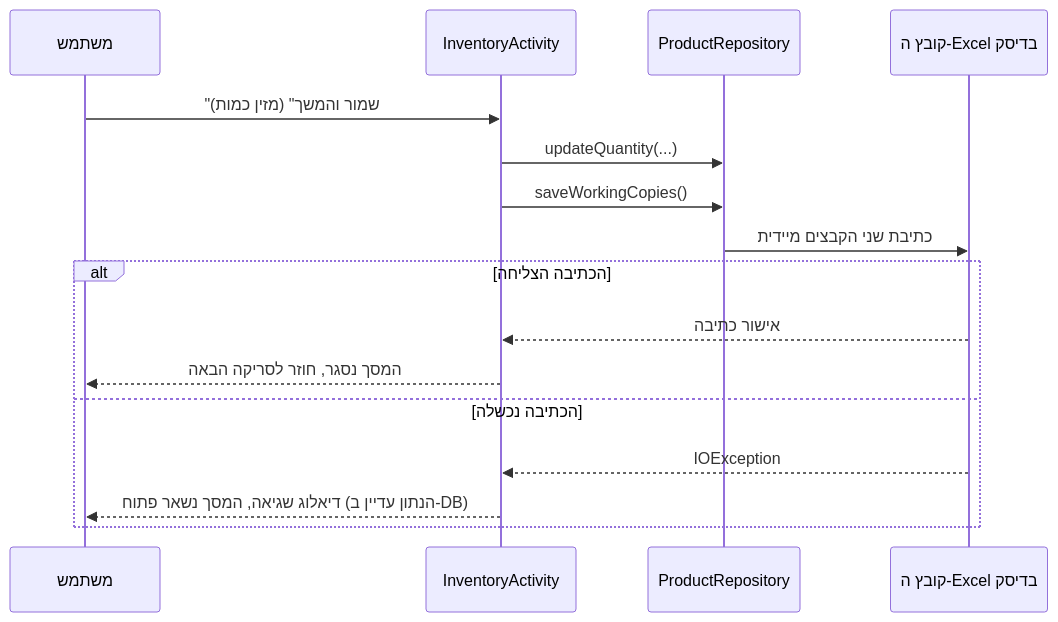
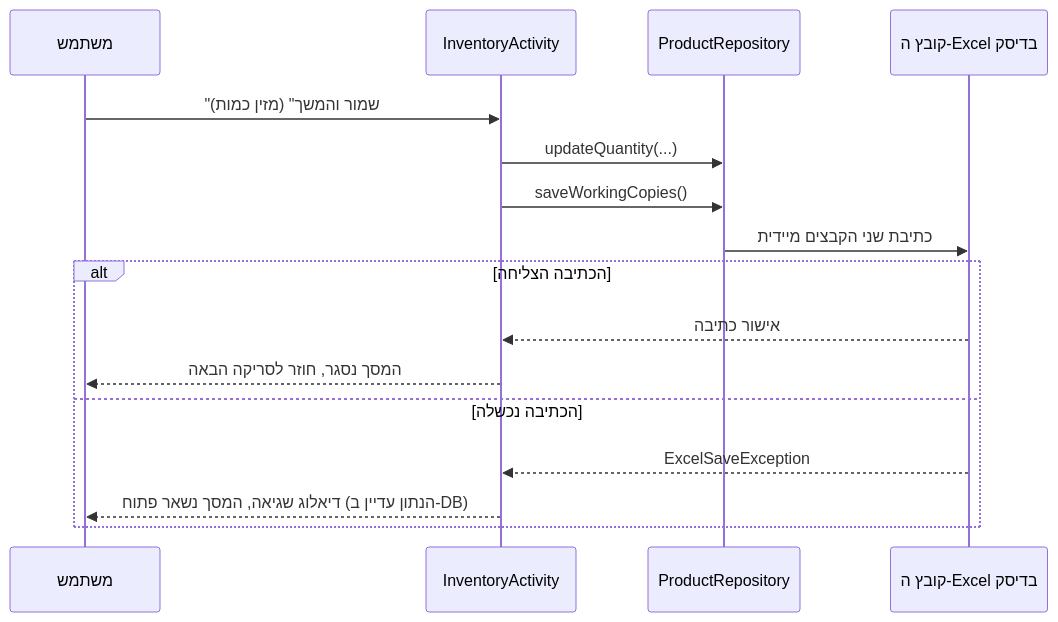
The second of 2 diagrams in docs/architecture.md (nathanemuyal/StockScanner), drawn with Mermaid before and after one commit. The commit also changed other lines of this file and 9 other files, not shown here.

````diff
--- a/docs/architecture.md
+++ b/docs/architecture.md
@@ -138,18 +155,18 @@
 ```mermaid
 sequenceDiagram
     participant U as משתמש
     participant Inv as InventoryActivity
     participant Repo as ProductRepository
     participant FS as קובץ ה-Excel בדיסק
     U->>Inv: "שמור והמשך" (מזין כמות)
     Inv->>Repo: updateQuantity(...)
     Inv->>Repo: saveWorkingCopies()
     Repo->>FS: כתיבת שני הקבצים מיידית
     alt הכתיבה הצליחה
         FS-->>Inv: אישור כתיבה
         Inv-->>U: המסך נסגר, חוזר לסריקה הבאה
     else הכתיבה נכשלה
-        FS-->>Inv: IOException
+        FS-->>Inv: ExcelSaveException
         Inv-->>U: דיאלוג שגיאה, המסך נשאר פתוח (הנתון עדיין ב-DB)
     end
 ```
````
